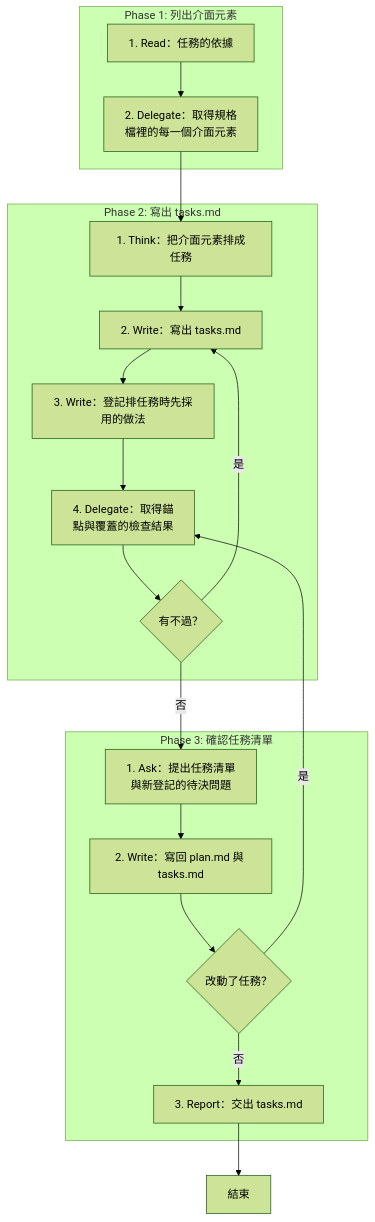
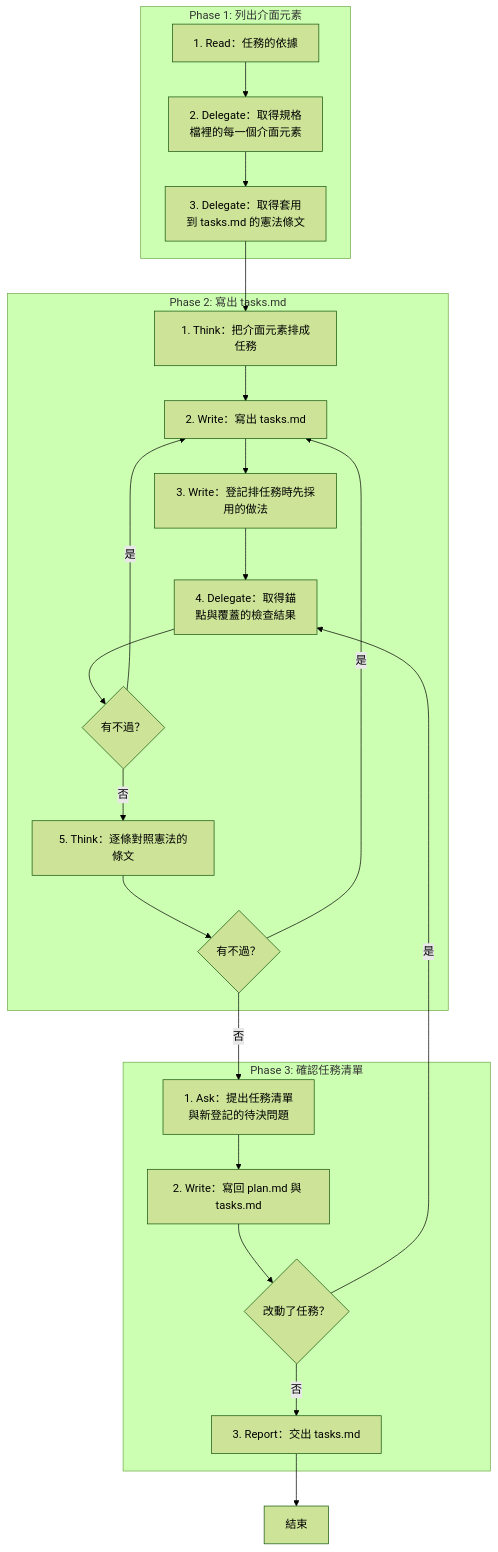
One commit to AI-x-BDD/BDGG-Dev-Skills changed the diagram in .agents/skills/tasks/SKILL.md. Above: the diagram before and after it, drawn with Mermaid (forest theme). The commit also changed other lines of this file and 37 other files, not shown here.

````diff
--- a/.agents/skills/tasks/SKILL.md
+++ b/.agents/skills/tasks/SKILL.md
@@ -26,34 +28,41 @@
 ```mermaid
 flowchart TD
     subgraph P1["Phase 1: 列出介面元素"]
         P1S1["1. Read：任務的依據"]
         P1S2["2. Delegate：取得規格<br/>檔裡的每一個介面元素"]
+        P1S3["3. Delegate：取得套用<br/>到 tasks.md 的憲法條文"]
     end
     subgraph P2["Phase 2: 寫出 tasks.md"]
         P2S1["1. Think：把介面元素排成任務"]
         P2S2["2. Write：寫出 tasks.md"]
         P2S3["3. Write：登記排任務時先採用的做法"]
         P2S4["4. Delegate：取得錨<br/>點與覆蓋的檢查結果"]
         G_P2S4_1{"有不過？"}
+        P2S5["5. Think：逐條對照憲法的條文"]
+        G_P2S5_1{"有不過？"}
     end
     subgraph P3["Phase 3: 確認任務清單"]
         P3S1["1. Ask：提出任務清單<br/>與新登記的待決問題"]
         P3S2["2. Write：寫回 plan.md 與 tasks.md"]
         G_P3S2_1{"改動了任務？"}
         P3S3["3. Report：交出 tasks.md"]
     end
     End["結束"]
     P1S1 --> P1S2
-    P1S2 --> P2S1
+    P1S2 --> P1S3
+    P1S3 --> P2S1
     P2S1 --> P2S2
     P2S2 --> P2S3
     P2S3 --> P2S4
     P2S4 --> G_P2S4_1
     G_P2S4_1 -->|是| P2S2
-    G_P2S4_1 -->|否| P3S1
+    G_P2S4_1 -->|否| P2S5
+    P2S5 --> G_P2S5_1
+    G_P2S5_1 -->|是| P2S2
+    G_P2S5_1 -->|否| P3S1
     P3S1 --> P3S2
     P3S2 --> G_P3S2_1
     G_P3S2_1 -->|是| P2S4
     G_P3S2_1 -->|否| P3S3
     P3S3 --> End
 ```
````
